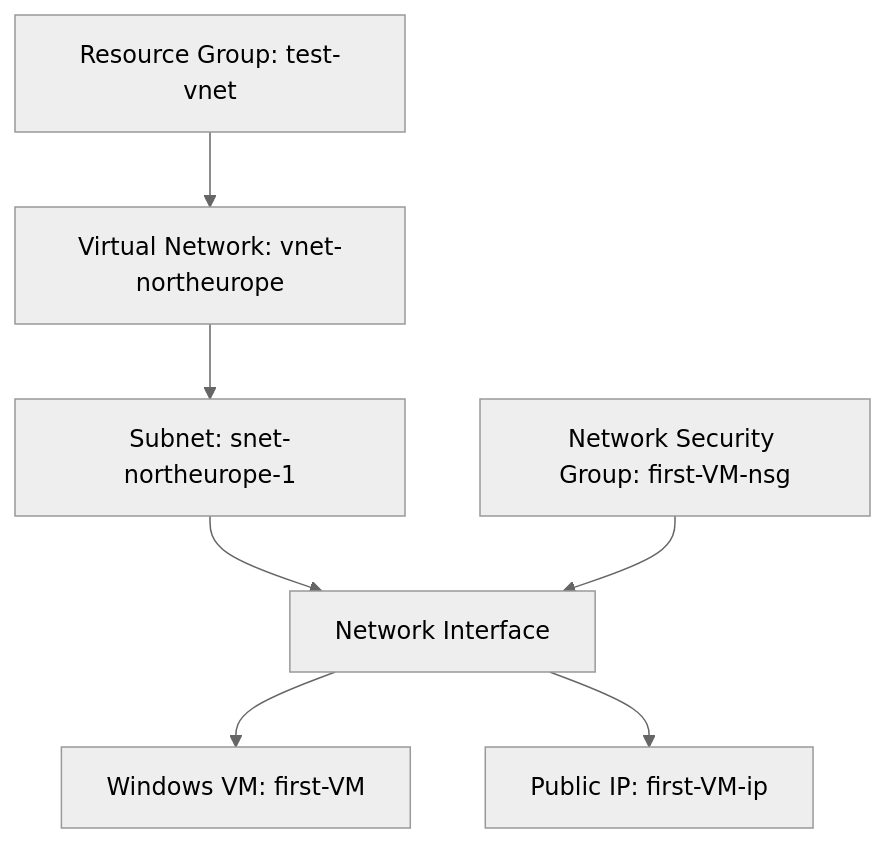
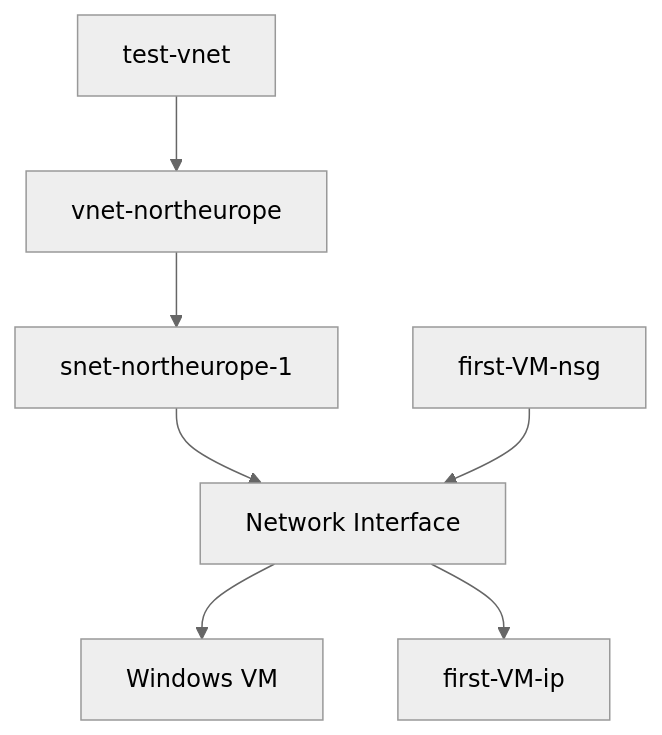
One commit to IbNdah/azure-vm-deployment-lab changed the diagram in README.md. Above: the diagram before and after it, drawn with Mermaid (neutral theme). The commit also changed other lines of this file, not shown here.

Commit message:
Upgrade VM lab to architecture case study with topology and analysis

````diff
--- a/README.md
+++ b/README.md
@@ -27,18 +21,17 @@
 ```mermaid
 flowchart TB
-
-RG["Resource Group: test-vnet"]
-VNet["Virtual Network: vnet-northeurope"]
-Subnet["Subnet: snet-northeurope-1"]
-NSG["Network Security Group: first-VM-nsg"]
-PublicIP["Public IP: first-VM-ip"]
+RG["test-vnet"]
+VNet["vnet-northeurope"]
+Subnet["snet-northeurope-1"]
+NSG["first-VM-nsg"]
+PublicIP["first-VM-ip"]
 NIC["Network Interface"]
-VM["Windows VM: first-VM"]
+VM["Windows VM"]
 
 RG --> VNet
 VNet --> Subnet
 Subnet --> NIC
 NIC --> VM
 NIC --> PublicIP
 NSG --> NIC
 ```
````
